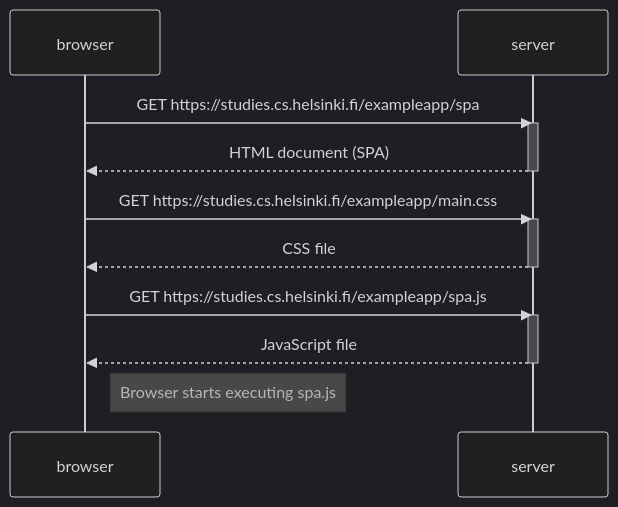
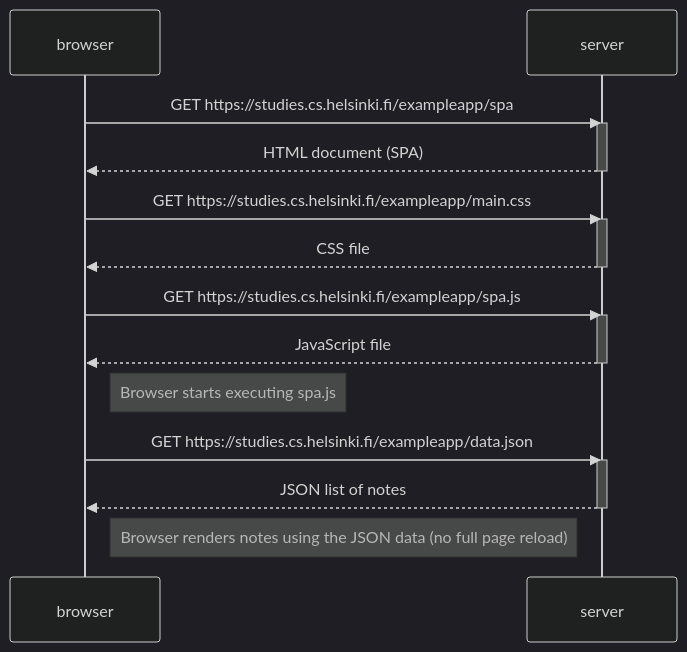
One commit to mariaport123/fullstackopen changed the diagram in part0/0.5-spa.md. Above: the diagram before and after it, drawn with Mermaid (dark theme).

````diff
--- a/part0/0.5-spa.md
+++ b/part0/0.5-spa.md
@@ -5,22 +5,29 @@
 ```mermaid
 sequenceDiagram
     participant browser
     participant server
 
     browser->>server: GET https://studies.cs.helsinki.fi/exampleapp/spa
     activate server
     server-->>browser: HTML document (SPA)
     deactivate server
 
     browser->>server: GET https://studies.cs.helsinki.fi/exampleapp/main.css
     activate server
     server-->>browser: CSS file
     deactivate server
 
     browser->>server: GET https://studies.cs.helsinki.fi/exampleapp/spa.js
     activate server
     server-->>browser: JavaScript file
     deactivate server
 
     Note right of browser: Browser starts executing spa.js
+
+    browser->>server: GET https://studies.cs.helsinki.fi/exampleapp/data.json
+    activate server
+    server-->>browser: JSON list of notes
+    deactivate server
+
+    Note right of browser: Browser renders notes using the JSON data (no full page reload)
 ```
````
